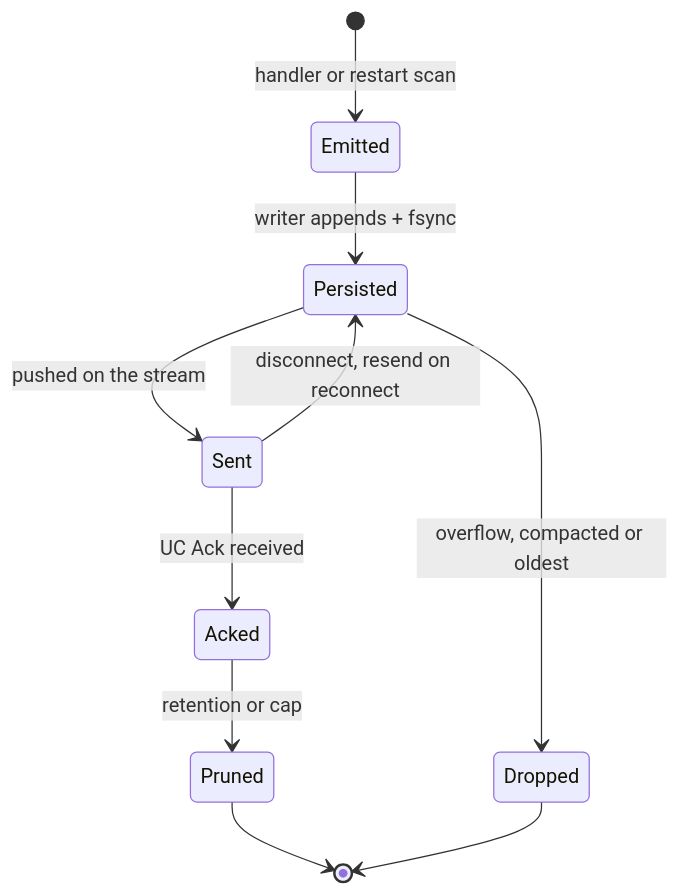
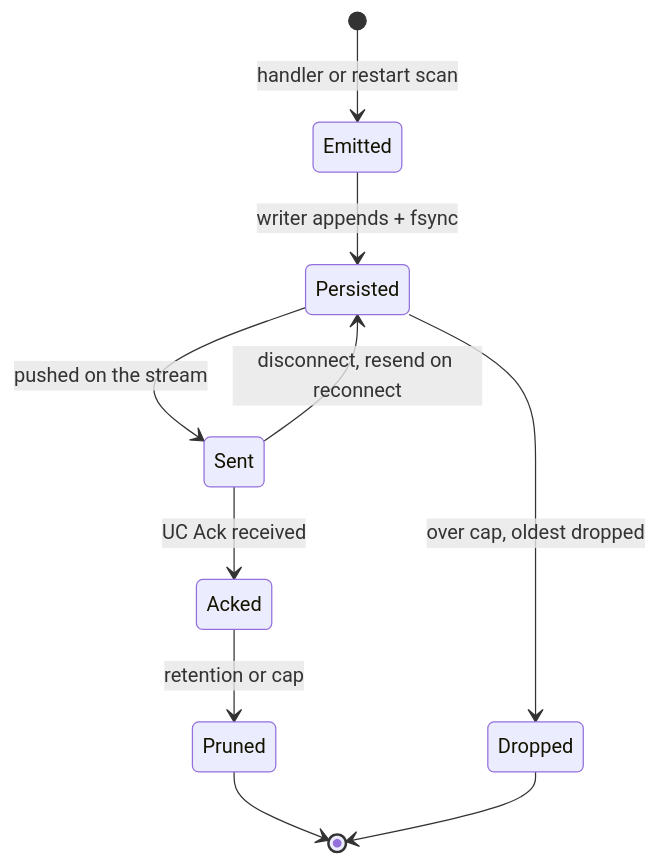
Before and after one commit to hashgraph/solo-operator: the third of 4 diagrams in docs/design/dab-cn-uc-event-stream.md, drawn with Mermaid. The commit also changed other lines of this file, not shown here.

````diff
--- a/docs/design/dab-cn-uc-event-stream.md
+++ b/docs/design/dab-cn-uc-event-stream.md
@@ -479,12 +480,12 @@
 ```mermaid
 stateDiagram-v2
     [*] --> Emitted: handler or restart scan
     Emitted --> Persisted: writer appends + fsync
     Persisted --> Sent: pushed on the stream
     Sent --> Acked: UC Ack received
     Sent --> Persisted: disconnect, resend on reconnect
     Acked --> Pruned: retention or cap
-    Persisted --> Dropped: overflow, compacted or oldest
+    Persisted --> Dropped: over cap, oldest dropped
     Pruned --> [*]
     Dropped --> [*]
 ```
````
